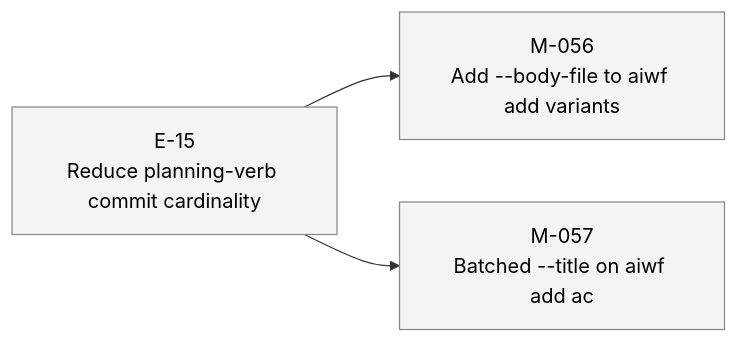
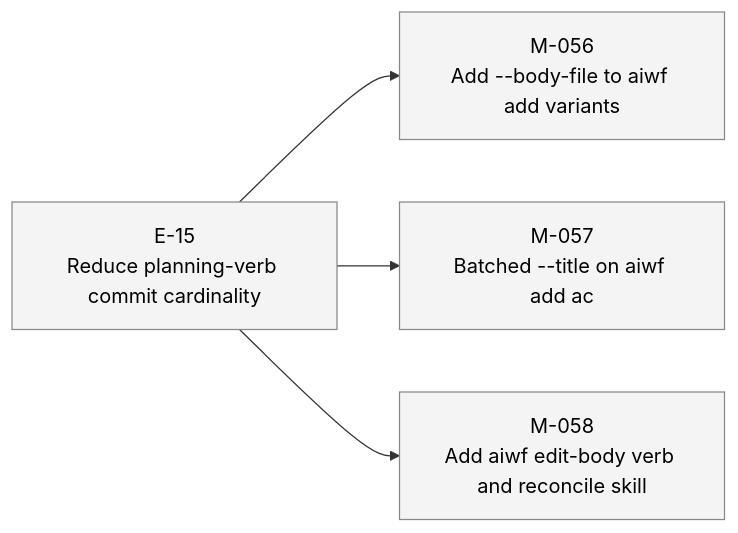
Before and after one commit to 23min/aiwf: the third of 3 diagrams in STATUS.md, drawn with Mermaid. The commit also changed other lines of this file and 1 other file, not shown here.

First line of the commit message:
aiwf add milestone M-058 "Add aiwf edit-body verb and reconcile skill"

````diff
--- a/STATUS.md
+++ b/STATUS.md
@@ -68,14 +69,16 @@
 ```mermaid
 flowchart LR
   E_15["E-15<br/>Reduce planning-verb commit cardinality"]:::epic_proposed
   M_056["M-056<br/>Add --body-file to aiwf add variants"]:::ms_draft
   E_15 --> M_056
   M_057["M-057<br/>Batched --title on aiwf add ac"]:::ms_draft
   E_15 --> M_057
+  M_058["M-058<br/>Add aiwf edit-body verb and reconcile skill"]:::ms_draft
+  E_15 --> M_058
   classDef epic_active fill:#d6eaff,stroke:#1a73e8,color:#000
   classDef epic_proposed fill:#f4f4f4,stroke:#888,color:#000
   classDef ms_done fill:#d8f5d8,stroke:#2a8a2a,color:#000
   classDef ms_in_progress fill:#fff3c4,stroke:#caa400,color:#000
   classDef ms_draft fill:#f4f4f4,stroke:#888,color:#000
   classDef ms_cancelled fill:#fbeaea,stroke:#c33,color:#000
 ```
````
